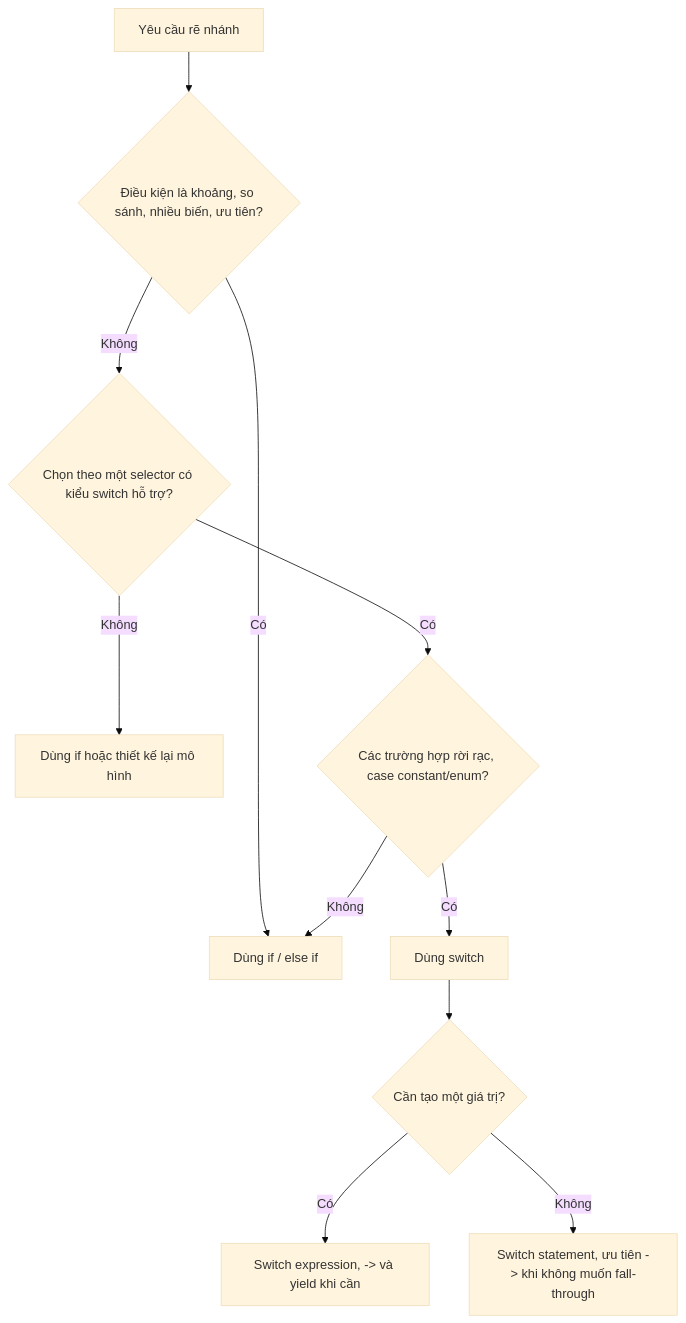
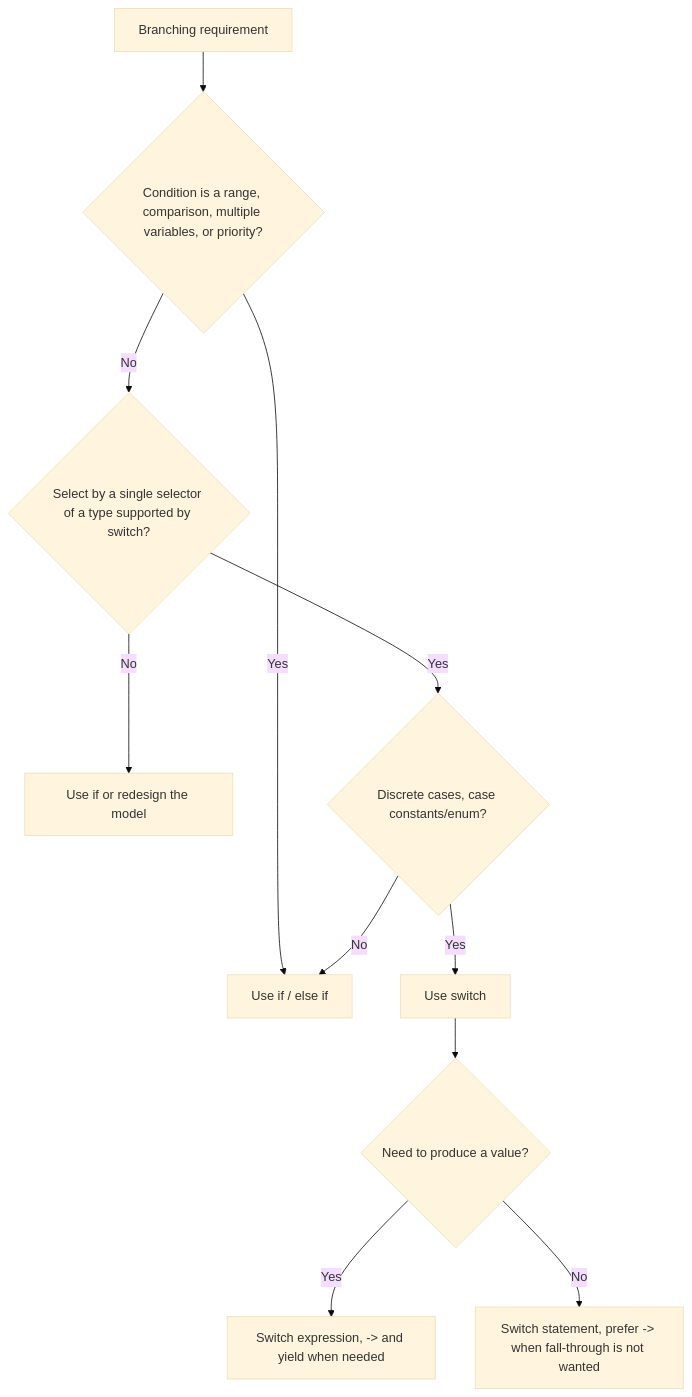
Before and after one commit to phuongnguyenit93/learning-platform-data: the diagram in module/platform/development/programming/language/java/core/language-basics/content/knowledge/en/20.switch-statements/switch-statements-010.md, drawn with Mermaid (base theme). The commit also changed other lines of this file and 2307 other files, not shown here.

```diff
--- a/module/platform/development/programming/language/java/core/language-basics/content/knowledge/en/20.switch-statements/switch-statements-010.md
+++ b/module/platform/development/programming/language/java/core/language-basics/content/knowledge/en/20.switch-statements/switch-statements-010.md
@@ -246,13 +246,13 @@
 ~~~mermaid
 flowchart TD
-    A["Yêu cầu rẽ nhánh"] --> B{"Điều kiện là khoảng, so sánh, nhiều biến, ưu tiên?"}
-    B -- "Có" --> C["Dùng if / else if"]
-    B -- "Không" --> D{"Chọn theo một selector có kiểu switch hỗ trợ?"}
-    D -- "Không" --> E["Dùng if hoặc thiết kế lại mô hình"]
-    D -- "Có" --> F{"Các trường hợp rời rạc, case constant/enum?"}
-    F -- "Có" --> G["Dùng switch"]
-    F -- "Không" --> C
-    G --> H{"Cần tạo một giá trị?"}
-    H -- "Có" --> I["Switch expression, -> và yield khi cần"]
-    H -- "Không" --> J["Switch statement, ưu tiên -> khi không muốn fall-through"]
+    A["Branching requirement"] --> B{"Condition is a range, comparison, multiple variables, or priority?"}
+    B -- "Yes" --> C["Use if / else if"]
+    B -- "No" --> D{"Select by a single selector of a type supported by switch?"}
+    D -- "No" --> E["Use if or redesign the model"]
+    D -- "Yes" --> F{"Discrete cases, case constants/enum?"}
+    F -- "Yes" --> G["Use switch"]
+    F -- "No" --> C
+    G --> H{"Need to produce a value?"}
+    H -- "Yes" --> I["Switch expression, -> and yield when needed"]
+    H -- "No" --> J["Switch statement, prefer -> when fall-through is not wanted"]
 ~~~
```
